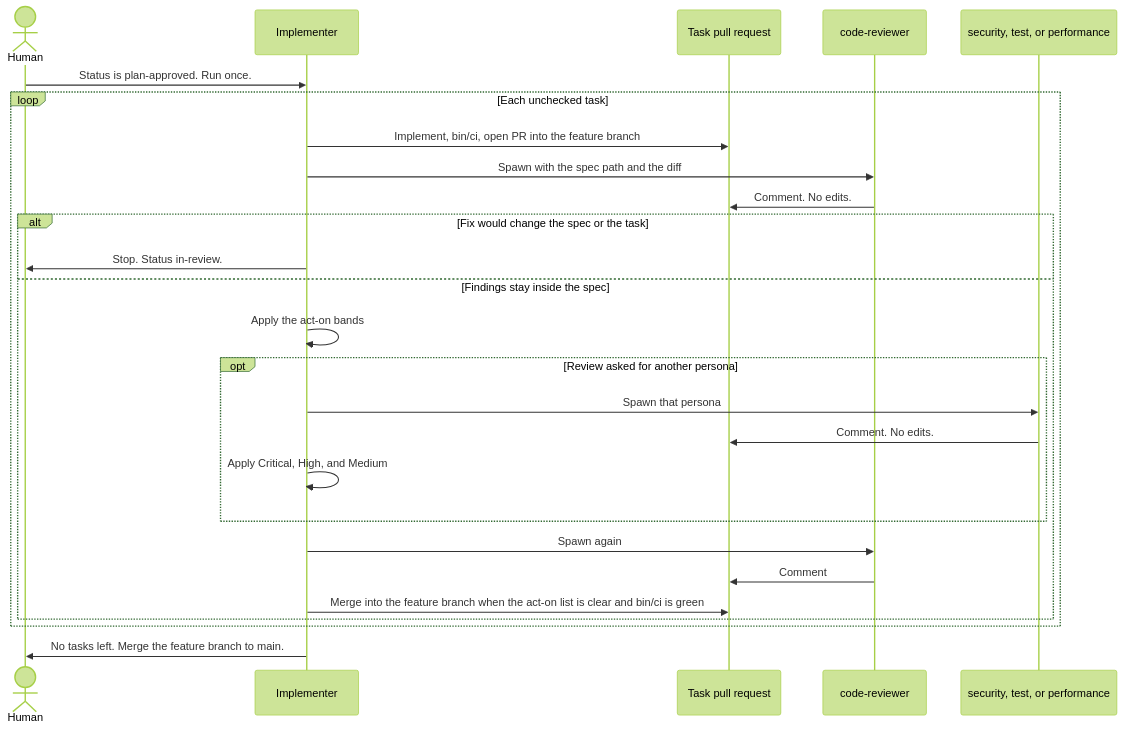
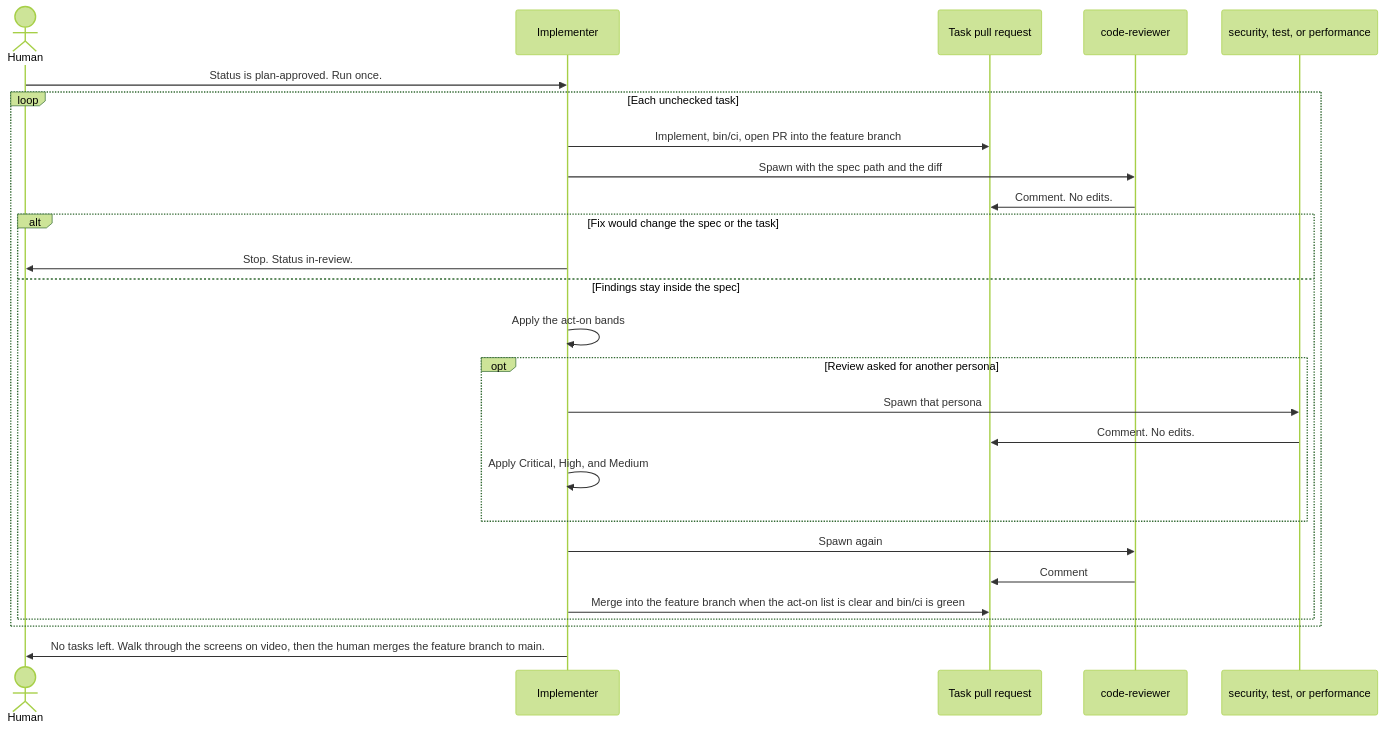
The fourth of 4 diagrams in context/workflow/flows.md (usamah82/sokong), drawn with Mermaid (forest theme) before and after one commit. The commit also changed other lines of this file and 4 other files, not shown here.

First line of the commit message:
Record a video walkthrough when a feature's screens are done.

````diff
--- a/context/workflow/flows.md
+++ b/context/workflow/flows.md
@@ -122,29 +122,29 @@
 ```mermaid
 sequenceDiagram
   actor Human
   participant Impl as Implementer
   participant PR as Task pull request
   participant Review as code-reviewer
   participant Extra as security, test, or performance
 
   Human->>Impl: Status is plan-approved. Run once.
   loop Each unchecked task
     Impl->>PR: Implement, bin/ci, open PR into the feature branch
     Impl->>Review: Spawn with the spec path and the diff
     Review->>PR: Comment. No edits.
     alt Fix would change the spec or the task
       Impl->>Human: Stop. Status in-review.
     else Findings stay inside the spec
       Impl->>Impl: Apply the act-on bands
       opt Review asked for another persona
         Impl->>Extra: Spawn that persona
         Extra->>PR: Comment. No edits.
         Impl->>Impl: Apply Critical, High, and Medium
       end
       Impl->>Review: Spawn again
       Review->>PR: Comment
       Impl->>PR: Merge into the feature branch when the act-on list is clear and bin/ci is green
     end
   end
-  Impl->>Human: No tasks left. Merge the feature branch to main.
+  Impl->>Human: No tasks left. Walk through the screens on video, then the human merges the feature branch to main.
 ```
````
